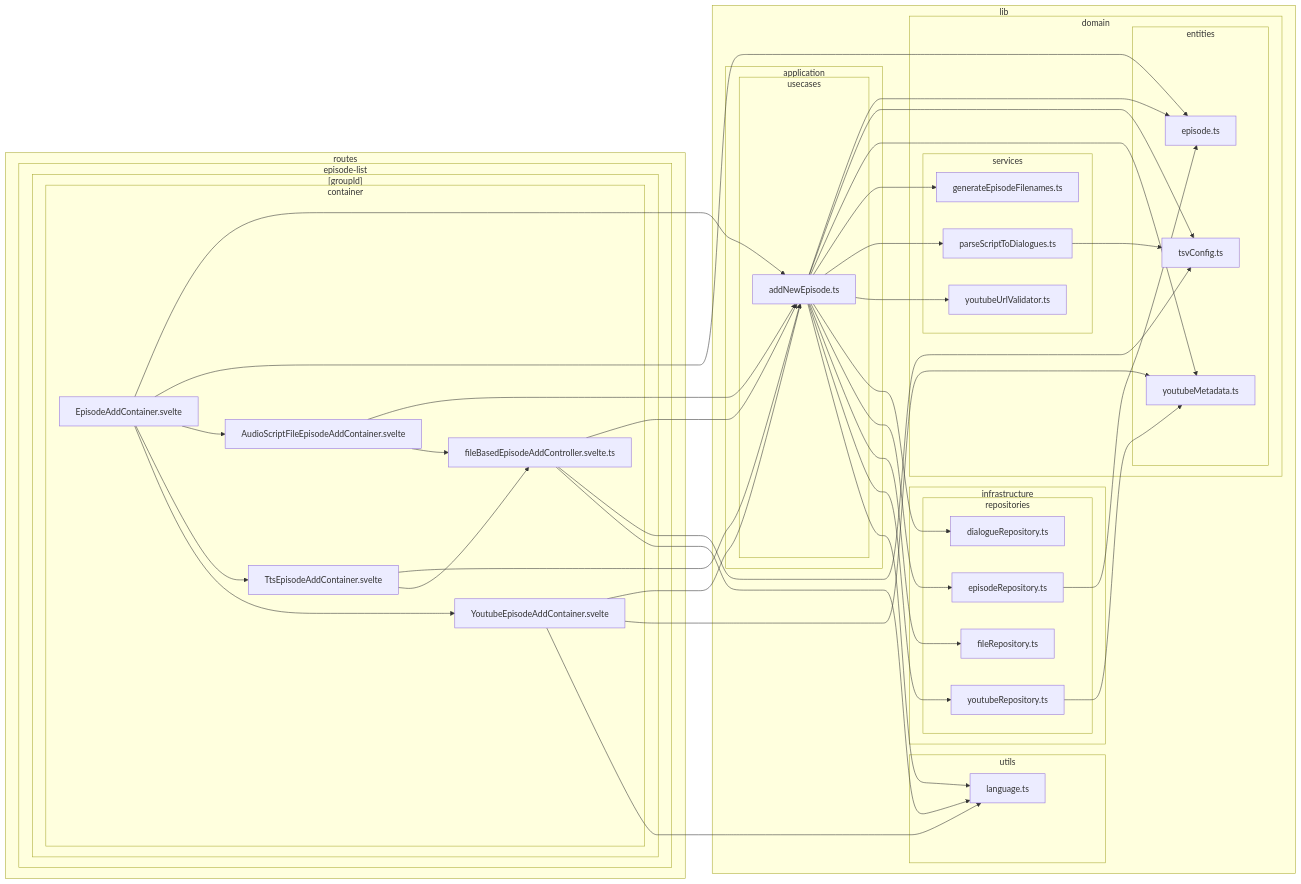
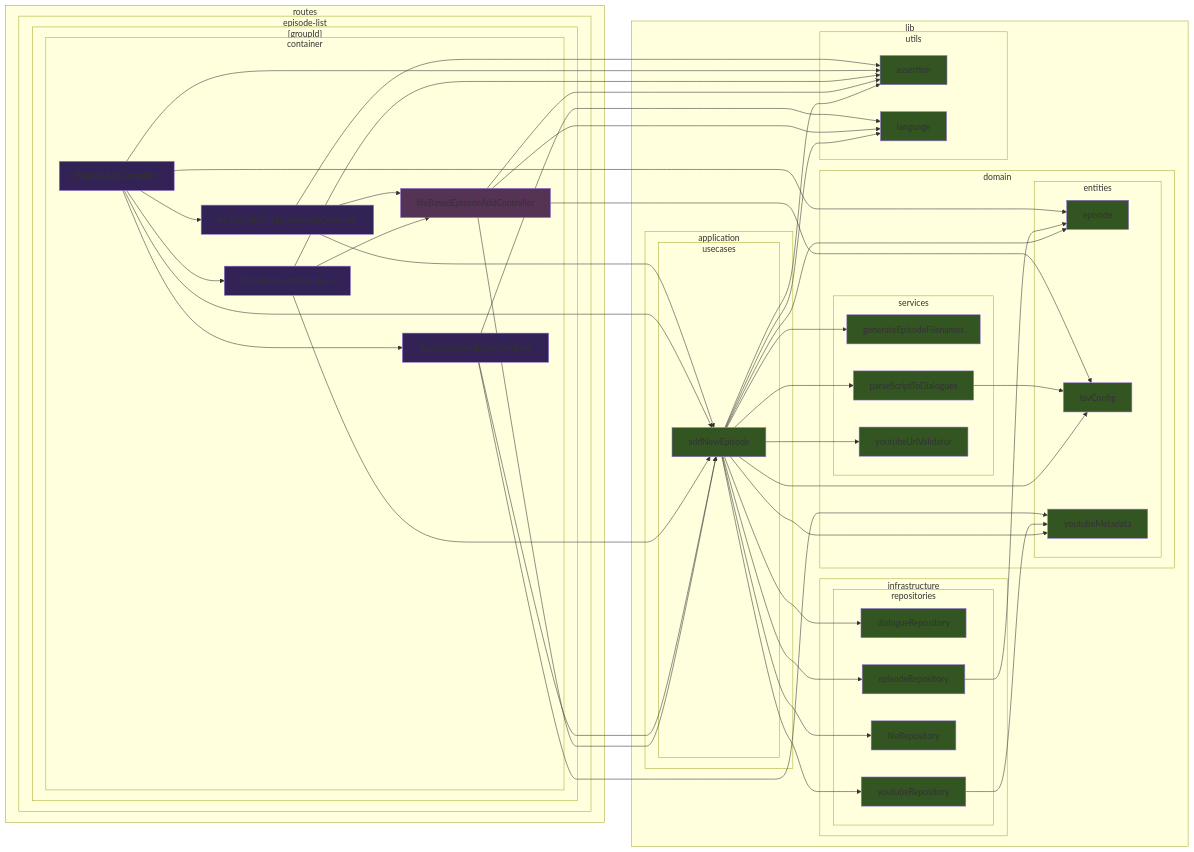
Before and after one commit to k5n/kotonoha: the seventh of 39 diagrams in doc/dependency-graph.md, drawn with Mermaid. The commit also changed other lines of this file, not shown here.

````diff
--- a/doc/dependency-graph.md
+++ b/doc/dependency-graph.md
@@ -263,44 +354,48 @@
 ```mermaid
 graph LR
+    classDef cssSvelteComponent fill:#325;
+    classDef cssSvelteScript fill:#535;
+    classDef cssTypeScript fill:#352;
         subgraph sg_lib ["lib"]
             subgraph sg_lib_application ["application"]
                 subgraph sg_lib_application_usecases ["usecases"]
-                    src_lib_application_usecases_addNewEpisode_ts["addNewEpisode.ts"]
+                    src_lib_application_usecases_addNewEpisode_ts["addNewEpisode"]
                 end
             end
             subgraph sg_lib_domain ["domain"]
                 subgraph sg_lib_domain_entities ["entities"]
-                    src_lib_domain_entities_episode_ts["episode.ts"]
-                    src_lib_domain_entities_tsvConfig_ts["tsvConfig.ts"]
-                    src_lib_domain_entities_youtubeMetadata_ts["youtubeMetadata.ts"]
+                    src_lib_domain_entities_episode_ts["episode"]
+                    src_lib_domain_entities_tsvConfig_ts["tsvConfig"]
+                    src_lib_domain_entities_youtubeMetadata_ts["youtubeMetadata"]
                 end
                 subgraph sg_lib_domain_services ["services"]
-                    src_lib_domain_services_generateEpisodeFilenames_ts["generateEpisodeFilenames.ts"]
-                    src_lib_domain_services_parseScriptToDialogues_ts["parseScriptToDialogues.ts"]
-                    src_lib_domain_services_youtubeUrlValidator_ts["youtubeUrlValidator.ts"]
+                    src_lib_domain_services_generateEpisodeFilenames_ts["generateEpisodeFilenames"]
+                    src_lib_domain_services_parseScriptToDialogues_ts["parseScriptToDialogues"]
+                    src_lib_domain_services_youtubeUrlValidator_ts["youtubeUrlValidator"]
                 end
             end
             subgraph sg_lib_infrastructure ["infrastructure"]
                 subgraph sg_lib_infrastructure_repositories ["repositories"]
-                    src_lib_infrastructure_repositories_dialogueRepository_ts["dialogueRepository.ts"]
-                    src_lib_infrastructure_repositories_episodeRepository_ts["episodeRepository.ts"]
-                    src_lib_infrastructure_repositories_fileRepository_ts["fileRepository.ts"]
-                    src_lib_infrastructure_repositories_youtubeRepository_ts["youtubeRepository.ts"]
+                    src_lib_infrastructure_repositories_dialogueRepository_ts["dialogueRepository"]
+                    src_lib_infrastructure_repositories_episodeRepository_ts["episodeRepository"]
+                    src_lib_infrastructure_repositories_fileRepository_ts["fileRepository"]
+                    src_lib_infrastructure_repositories_youtubeRepository_ts["youtubeRepository"]
                 end
             end
             subgraph sg_lib_utils ["utils"]
-                src_lib_utils_language_ts["language.ts"]
+                src_lib_utils_assertion_ts["assertion"]
+                src_lib_utils_language_ts["language"]
             end
         end
         subgraph sg_routes ["routes"]
             subgraph sg_routes_episode_list ["episode-list"]
                 subgraph sg_routes_episode_list__groupId_ ["[groupId]"]
                     subgraph sg_routes_episode_list__groupId__container ["container"]
-                        src_routes_episode_list__groupId__container_AudioScriptFileEpisodeAddContainer_svelte["AudioScriptFileEpisodeAddContainer.svelte"]
-                        src_routes_episode_list__groupId__container_EpisodeAddContainer_svelte["EpisodeAddContainer.svelte"]
-                        src_routes_episode_list__groupId__container_fileBasedEpisodeAddController_svelte_ts["fileBasedEpisodeAddController.svelte.ts"]
-                        src_routes_episode_list__groupId__container_TtsEpisodeAddContainer_svelte["TtsEpisodeAddContainer.svelte"]
-                        src_routes_episode_list__groupId__container_YoutubeEpisodeAddContainer_svelte["YoutubeEpisodeAddContainer.svelte"]
+                        src_routes_episode_list__groupId__container_AudioScriptFileEpisodeAddContainer_svelte["AudioScriptFileEpisodeAddContainer"]
+                        src_routes_episode_list__groupId__container_EpisodeAddContainer_svelte["EpisodeAddContainer"]
+                        src_routes_episode_list__groupId__container_fileBasedEpisodeAddController_svelte_ts["fileBasedEpisodeAddController"]
+                        src_routes_episode_list__groupId__container_TtsEpisodeAddContainer_svelte["TtsEpisodeAddContainer"]
+                        src_routes_episode_list__groupId__container_YoutubeEpisodeAddContainer_svelte["YoutubeEpisodeAddContainer"]
                     end
                 end
             end
@@ -315,23 +410,46 @@
     src_lib_application_usecases_addNewEpisode_ts --> src_lib_infrastructure_repositories_episodeRepository_ts
     src_lib_application_usecases_addNewEpisode_ts --> src_lib_infrastructure_repositories_fileRepository_ts
     src_lib_application_usecases_addNewEpisode_ts --> src_lib_infrastructure_repositories_youtubeRepository_ts
+    src_lib_application_usecases_addNewEpisode_ts --> src_lib_utils_assertion_ts
     src_lib_application_usecases_addNewEpisode_ts --> src_lib_utils_language_ts
     src_lib_domain_services_parseScriptToDialogues_ts --> src_lib_domain_entities_tsvConfig_ts
     src_lib_infrastructure_repositories_episodeRepository_ts --> src_lib_domain_entities_episode_ts
     src_lib_infrastructure_repositories_youtubeRepository_ts --> src_lib_domain_entities_youtubeMetadata_ts
     src_routes_episode_list__groupId__container_fileBasedEpisodeAddController_svelte_ts --> src_lib_application_usecases_addNewEpisode_ts
     src_routes_episode_list__groupId__container_fileBasedEpisodeAddController_svelte_ts --> src_lib_domain_entities_tsvConfig_ts
+    src_routes_episode_list__groupId__container_fileBasedEpisodeAddController_svelte_ts --> src_lib_utils_assertion_ts
     src_routes_episode_list__groupId__container_fileBasedEpisodeAddController_svelte_ts --> src_lib_utils_language_ts
     src_routes_episode_list__groupId__container_YoutubeEpisodeAddContainer_svelte --> src_lib_application_usecases_addNewEpisode_ts
     src_routes_episode_list__groupId__container_YoutubeEpisodeAddContainer_svelte --> src_lib_domain_entities_youtubeMetadata_ts
     src_routes_episode_list__groupId__container_YoutubeEpisodeAddContainer_svelte --> src_lib_utils_language_ts
     src_routes_episode_list__groupId__container_TtsEpisodeAddContainer_svelte --> src_lib_application_usecases_addNewEpisode_ts
+    src_routes_episode_list__groupId__container_TtsEpisodeAddContainer_svelte --> src_lib_utils_assertion_ts
     src_routes_episode_list__groupId__container_TtsEpisodeAddContainer_svelte --> src_routes_episode_list__groupId__container_fileBasedEpisodeAddController_svelte_ts
     src_routes_episode_list__groupId__container_EpisodeAddContainer_svelte --> src_lib_application_usecases_addNewEpisode_ts
     src_routes_episode_list__groupId__container_EpisodeAddContainer_svelte --> src_lib_domain_entities_episode_ts
+    src_routes_episode_list__groupId__container_EpisodeAddContainer_svelte --> src_lib_utils_assertion_ts
     src_routes_episode_list__groupId__container_EpisodeAddContainer_svelte --> src_routes_episode_list__groupId__container_AudioScriptFileEpisodeAddContainer_svelte
     src_routes_episode_list__groupId__container_EpisodeAddContainer_svelte --> src_routes_episode_list__groupId__container_TtsEpisodeAddContainer_svelte
     src_routes_episode_list__groupId__container_EpisodeAddContainer_svelte --> src_routes_episode_list__groupId__container_YoutubeEpisodeAddContainer_svelte
     src_routes_episode_list__groupId__container_AudioScriptFileEpisodeAddContainer_svelte --> src_lib_application_usecases_addNewEpisode_ts
+    src_routes_episode_list__groupId__container_AudioScriptFileEpisodeAddContainer_svelte --> src_lib_utils_assertion_ts
     src_routes_episode_list__groupId__container_AudioScriptFileEpisodeAddContainer_svelte --> src_routes_episode_list__groupId__container_fileBasedEpisodeAddController_svelte_ts
+    class src_lib_application_usecases_addNewEpisode_ts cssTypeScript
+    class src_lib_domain_entities_episode_ts cssTypeScript
+    class src_lib_domain_entities_tsvConfig_ts cssTypeScript
+    class src_lib_domain_entities_youtubeMetadata_ts cssTypeScript
+    class src_lib_domain_services_generateEpisodeFilenames_ts cssTypeScript
+    class src_lib_domain_services_parseScriptToDialogues_ts cssTypeScript
+    class src_lib_domain_services_youtubeUrlValidator_ts cssTypeScript
+    class src_lib_infrastructure_repositories_dialogueRepository_ts cssTypeScript
+    class src_lib_infrastructure_repositories_episodeRepository_ts cssTypeScript
+    class src_lib_infrastructure_repositories_fileRepository_ts cssTypeScript
+    class src_lib_infrastructure_repositories_youtubeRepository_ts cssTypeScript
+    class src_lib_utils_assertion_ts cssTypeScript
+    class src_lib_utils_language_ts cssTypeScript
+    class src_routes_episode_list__groupId__container_AudioScriptFileEpisodeAddContainer_svelte cssSvelteComponent
+    class src_routes_episode_list__groupId__container_EpisodeAddContainer_svelte cssSvelteComponent
+    class src_routes_episode_list__groupId__container_fileBasedEpisodeAddController_svelte_ts cssSvelteScript
+    class src_routes_episode_list__groupId__container_TtsEpisodeAddContainer_svelte cssSvelteComponent
+    class src_routes_episode_list__groupId__container_YoutubeEpisodeAddContainer_svelte cssSvelteComponent
 ```
````
